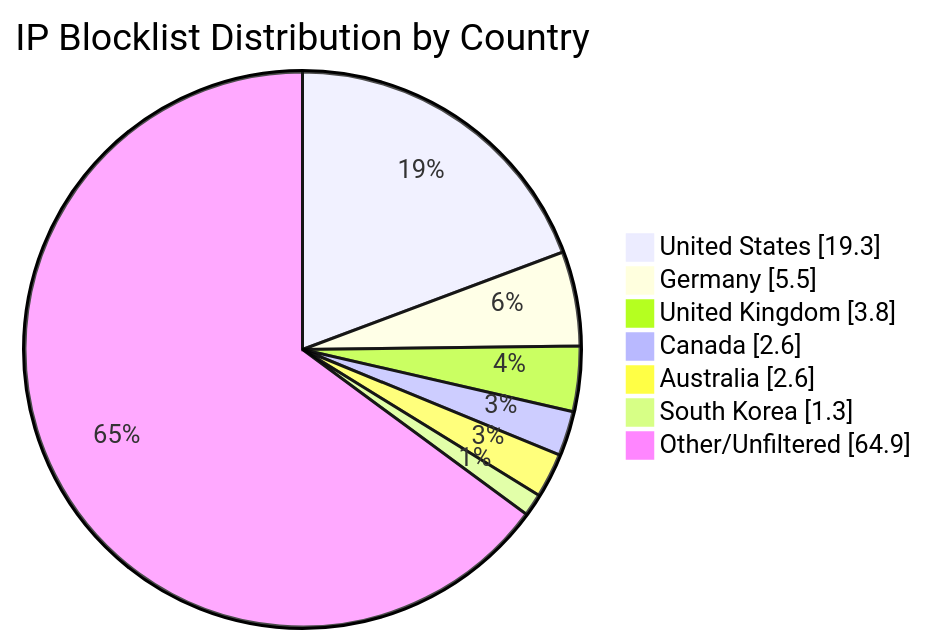
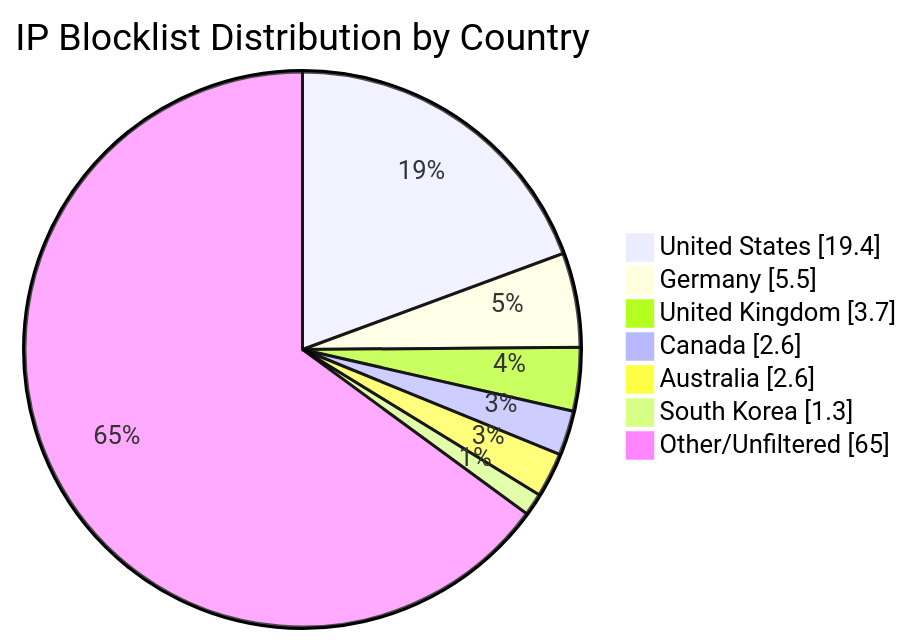
One commit to MarcusHoltz/ipblocklist-geofiltered-aggregator changed the diagram in README.md. Above: the diagram before and after it, drawn with Mermaid. The commit also changed other lines of this file and 9 other files, not shown here.

````diff
--- a/README.md
+++ b/README.md
@@ -34,10 +34,10 @@
 ```mermaid
 pie showData title IP Blocklist Distribution by Country
-"United States" : 19.3
+"United States" : 19.4
 "Germany" : 5.5
-"United Kingdom" : 3.8
+"United Kingdom" : 3.7
 "Canada" : 2.6
 "Australia" : 2.6
 "South Korea" : 1.3
-"Other/Unfiltered" : 64.9
+"Other/Unfiltered" : 65.0
 ```
````
